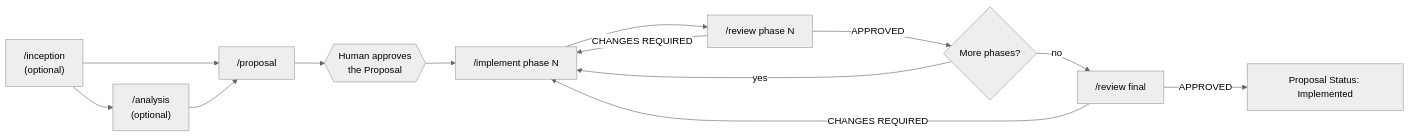
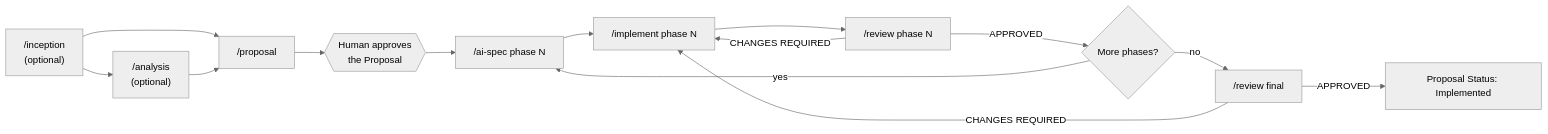
Before and after one commit to oscarks/spectionflow: the diagram in docs/skills/README.md, drawn with Mermaid (neutral theme). The commit also changed other lines of this file and 9 other files, not shown here.

Commit message:
Add ai-spec skill; proposal becomes roadmap, implement/review/pipeline consume AI-SPEC; docs updated

````diff
--- a/docs/skills/README.md
+++ b/docs/skills/README.md
@@ -18,15 +19,16 @@
 ```mermaid
 flowchart LR
     I["/inception<br/>(optional)"] --> A["/analysis<br/>(optional)"]
     I --> P
     A --> P["/proposal"]
     P --> H{{"Human approves<br/>the Proposal"}}
-    H --> M["/implement phase N"]
+    H --> S["/ai-spec phase N"]
+    S --> M["/implement phase N"]
     M --> R["/review phase N"]
     R -- "CHANGES REQUIRED" --> M
     R -- "APPROVED" --> N{"More phases?"}
-    N -- yes --> M
+    N -- yes --> S
     N -- no --> F["/review final"]
     F -- "CHANGES REQUIRED" --> M
     F -- "APPROVED" --> D["Proposal Status: Implemented"]
 ```
````
